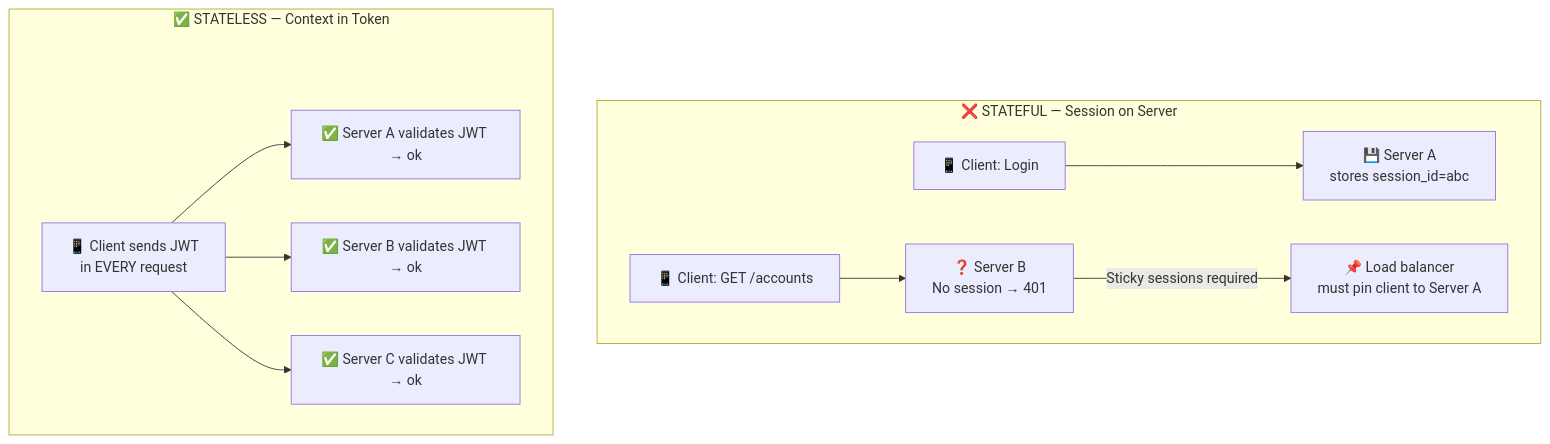
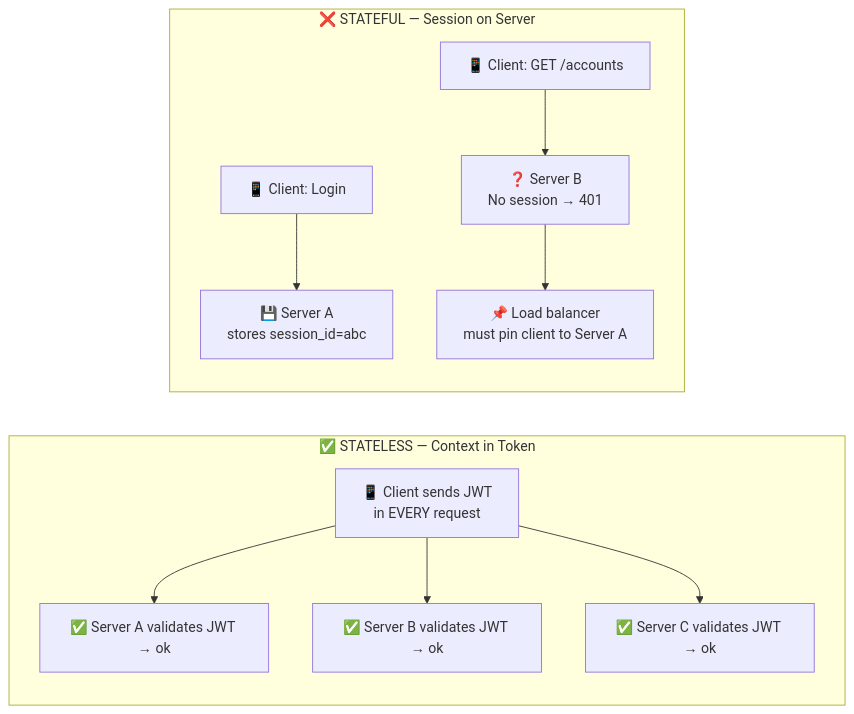
The second of 8 diagrams in internal/fundamentals/api-fundamentals/03-statelessness.md (romangurevitch/GoTraining), drawn with Mermaid before and after one commit. The commit also changed other lines of this file and 20 other files, not shown here.

````diff
--- a/internal/fundamentals/api-fundamentals/03-statelessness.md
+++ b/internal/fundamentals/api-fundamentals/03-statelessness.md
@@ -22,25 +28,27 @@
 ```mermaid
-graph TB
+graph TD
     subgraph Stateful["❌ STATEFUL — Session on Server"]
+        direction TB
         SC1["📱 Client: Login"]
         SS1["💾 Server A<br/>stores session_id=abc"]
         SC2["📱 Client: GET /accounts"]
         SS2["❓ Server B<br/>No session → 401"]
+        STICKY["📌 Load balancer<br/>must pin client to Server A"]
         SC1 --> SS1
         SC2 --> SS2
-        SS2 -->|"Sticky sessions required"| STICKY["📌 Load balancer<br/>must pin client to Server A"]
+        SS2 --> STICKY
     end
 
-    subgraph Stateless["✅ STATELESS — Context in Token"]
-        SPACE1["  "]
+    Stateful ~~~ Stateless_sub
+
+    subgraph Stateless_sub["✅ STATELESS — Context in Token"]
+        direction TB
         SLC["📱 Client sends JWT<br/>in EVERY request"]
         SLA["✅ Server A validates JWT → ok"]
         SLB["✅ Server B validates JWT → ok"]
         SLC2["✅ Server C validates JWT → ok"]
         SLC --> SLA
         SLC --> SLB
         SLC --> SLC2
     end
-
-    style SPACE1 fill:none,stroke:none
 ```
````
